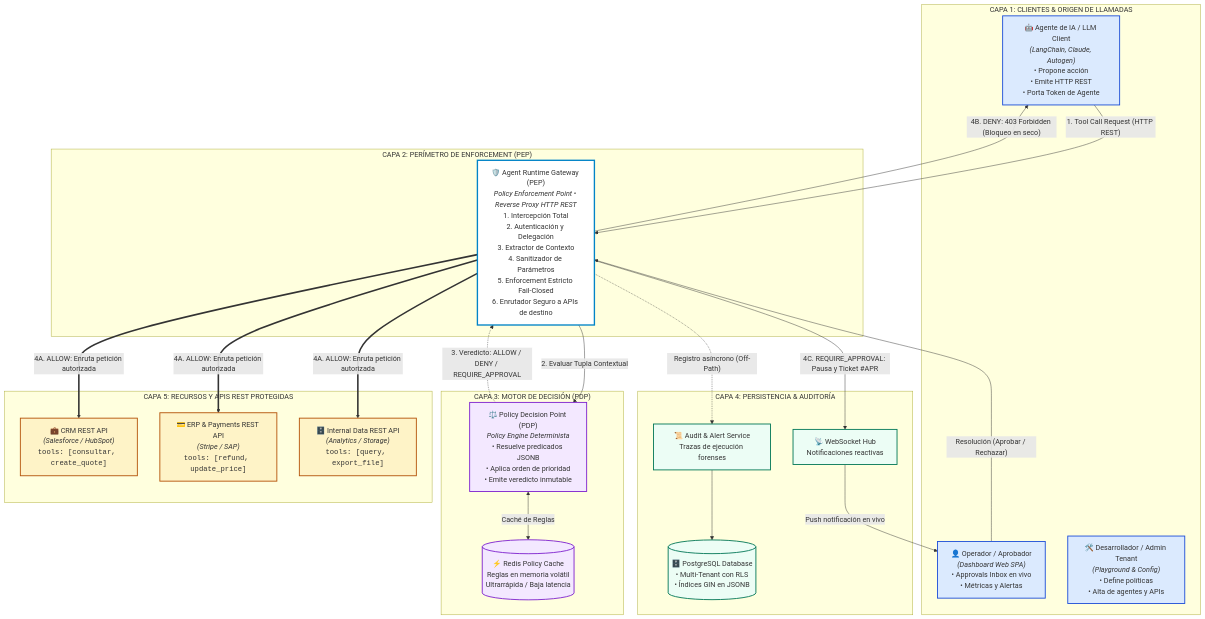
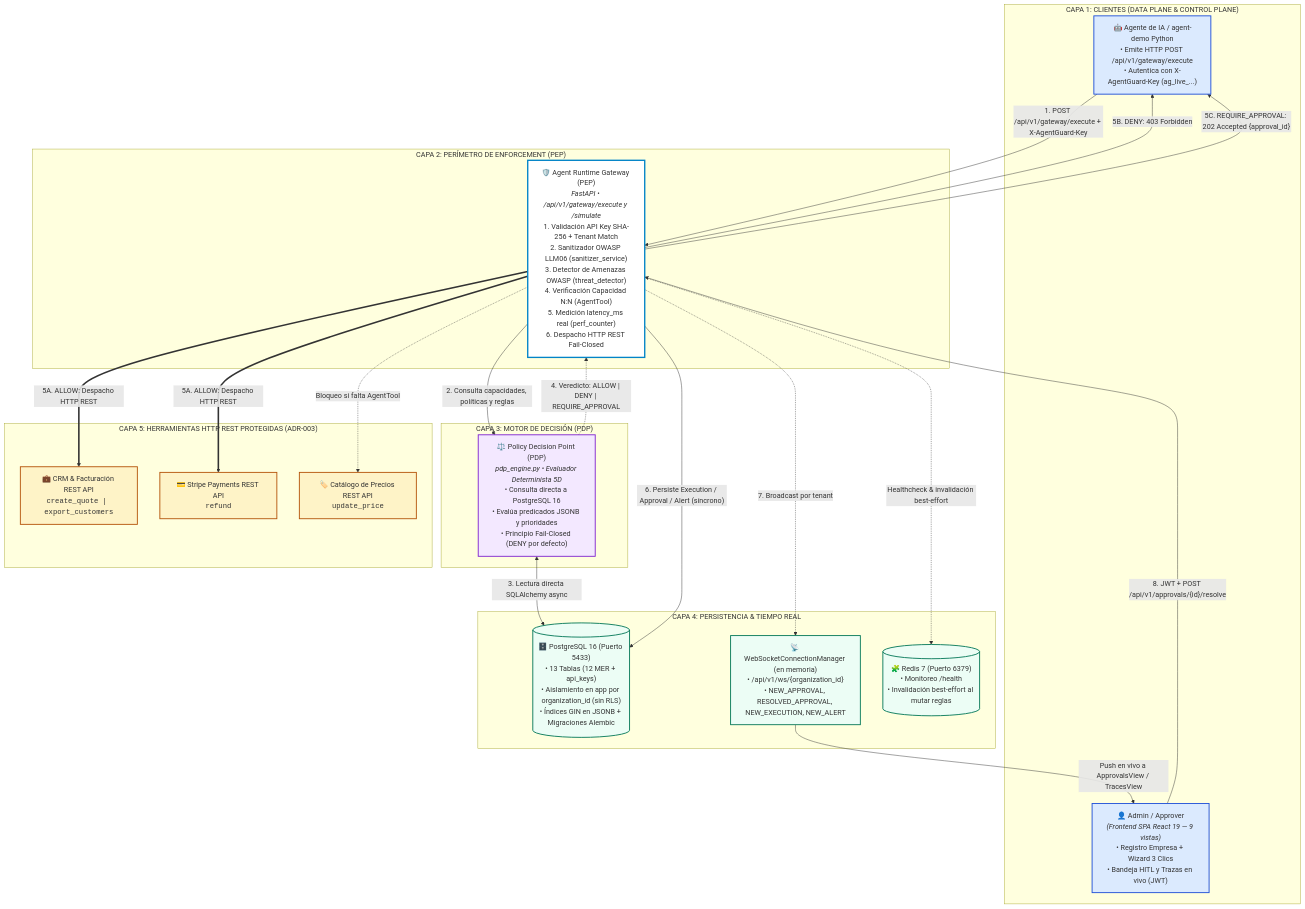
One commit to jmbatiatto/AgentGuard changed the diagram in agentguard_arquitectura_runtime.md. Above: the diagram before and after it, drawn with Mermaid. The commit also changed other lines of this file and 11 other files, not shown here.

````diff
--- a/agentguard_arquitectura_runtime.md
+++ b/agentguard_arquitectura_runtime.md
@@ -21,64 +19,63 @@
 ```mermaid
 flowchart TB
     %% ================= CAPA 1: CLIENTES =================
-    subgraph Capa1 ["CAPA 1: CLIENTES & ORIGEN DE LLAMADAS"]
-        Agent["🤖 Agente de IA / LLM Client<br/><i>(LangChain, Claude, Autogen)</i><br/>• Propone acción<br/>• Emite HTTP REST<br/>• Porta Token de Agente"]
-        Operator["👤 Operador / Aprobador<br/><i>(Dashboard Web SPA)</i><br/>• Approvals Inbox en vivo<br/>• Métricas y Alertas"]
-        Dev["🛠️ Desarrollador / Admin Tenant<br/><i>(Playground & Config)</i><br/>• Define políticas<br/>• Alta de agentes y APIs"]
+    subgraph Capa1 ["CAPA 1: CLIENTES (DATA PLANE & CONTROL PLANE)"]
+        Agent["🤖 Agente de IA / agent-demo Python<br/>• Emite HTTP POST /api/v1/gateway/execute<br/>• Autentica con X-AgentGuard-Key (ag_live_...)"]
+        Operator["👤 Admin / Approver<br/><i>(Frontend SPA React 19 — 9 vistas)</i><br/>• Registro Empresa + Wizard 3 Clics<br/>• Bandeja HITL y Trazas en vivo (JWT)"]
     end
 
     %% ================= CAPA 2: PERÍMETRO PEP =================
     subgraph Capa2 ["CAPA 2: PERÍMETRO DE ENFORCEMENT (PEP)"]
-        Gateway["🛡️ Agent Runtime Gateway (PEP)<br/><i>Policy Enforcement Point • Reverse Proxy HTTP REST</i><br/>1. Intercepción Total<br/>2. Autenticación y Delegación<br/>3. Extractor de Contexto<br/>4. Sanitizador de Parámetros<br/>5. Enforcement Estricto Fail-Closed<br/>6. Enrutador Seguro a APIs de destino"]
+        Gateway["🛡️ Agent Runtime Gateway (PEP)<br/><i>FastAPI • /api/v1/gateway/execute y /simulate</i><br/>1. Validación API Key SHA-256 + Tenant Match<br/>2. Sanitizador OWASP LLM06 (sanitizer_service)<br/>3. Detector de Amenazas OWASP (threat_detector)<br/>4. Verificación Capacidad N:N (AgentTool)<br/>5. Medición latency_ms real (perf_counter)<br/>6. Despacho HTTP REST Fail-Closed"]
     end
 
     %% ================= CAPA 3: MOTOR PDP =================
     subgraph Capa3 ["CAPA 3: MOTOR DE DECISIÓN (PDP)"]
-        PDP["⚖️ Policy Decision Point (PDP)<br/><i>Policy Engine Determinista</i><br/>• Resuelve predicados JSONB<br/>• Aplica orden de prioridad<br/>• Emite veredicto inmutable"]
-        Redis[("⚡ Redis Policy Cache<br/>Reglas en memoria volátil<br/>Ultrarrápida / Baja latencia")]
+        PDP["⚖️ Policy Decision Point (PDP)<br/><i>pdp_engine.py • Evaluador Determinista 5D</i><br/>• Consulta directa a PostgreSQL 16<br/>• Evalúa predicados JSONB y prioridades<br/>• Principio Fail-Closed (DENY por defecto)"]
     end
 
-    %% ================= CAPA 4: PERSISTENCIA =================
-    subgraph Capa4 ["CAPA 4: PERSISTENCIA & AUDITORÍA"]
-        DB[("🗄️ PostgreSQL Database<br/>• Multi-Tenant con RLS<br/>• Índices GIN en JSONB")]
-        AuditSvc["📜 Audit & Alert Service<br/>Trazas de ejecución forenses"]
-        WS["📡 WebSocket Hub<br/>Notificaciones reactivas"]
+    %% ================= CAPA 4: PERSISTENCIA Y TIEMPO REAL =================
+    subgraph Capa4 ["CAPA 4: PERSISTENCIA & TIEMPO REAL"]
+        DB[("🗄️ PostgreSQL 16 (Puerto 5433)<br/>• 13 Tablas (12 MER + api_keys)<br/>• Aislamiento en app por organization_id (sin RLS)<br/>• Índices GIN en JSONB + Migraciones Alembic")]
+        WS["📡 WebSocketConnectionManager (en memoria)<br/>• /api/v1/ws/{organization_id}<br/>• NEW_APPROVAL, RESOLVED_APPROVAL, NEW_EXECUTION, NEW_ALERT"]
+        Redis[("🧩 Redis 7 (Puerto 6379)<br/>• Monitoreo /health<br/>• Invalidación best-effort al mutar reglas")]
     end
 
-    %% ================= CAPA 5: RECURSOS =================
-    subgraph Capa5 ["CAPA 5: RECURSOS Y APIS REST PROTEGIDAS"]
-        CRM["💼 CRM REST API<br/><i>(Salesforce / HubSpot)</i><br/><code>tools: [consultar, create_quote]</code>"]
-        ERP["💳 ERP & Payments REST API<br/><i>(Stripe / SAP)</i><br/><code>tools: [refund, update_price]</code>"]
-        DATA["🗄️ Internal Data REST API<br/><i>(Analytics / Storage)</i><br/><code>tools: [query, export_file]</code>"]
+    %% ================= CAPA 5: RECURSOS REST =================
+    subgraph Capa5 ["CAPA 5: HERRAMIENTAS HTTP REST PROTEGIDAS (ADR-003)"]
+        CRM["💼 CRM & Facturación REST API<br/><code>create_quote | export_customers</code>"]
+        Stripe["💳 Stripe Payments REST API<br/><code>refund</code>"]
+        Catalog["🏷️ Catálogo de Precios REST API<br/><code>update_price</code>"]
     end
 
-    %% Flujos de interacción numerados
-    Agent -->|"1. Tool Call Request (HTTP REST)"| Gateway
-    Gateway -->|"2. Evaluar Tupla Contextual"| PDP
-    PDP <-->|"Caché de Reglas"| Redis
-    PDP -.->|"3. Veredicto: ALLOW / DENY / REQUIRE_APPROVAL"| Gateway
+    %% Flujos principales
+    Agent -->|"1. POST /api/v1/gateway/execute + X-AgentGuard-Key"| Gateway
+    Gateway -->|"2. Consulta capacidades, políticas y reglas"| PDP
+    PDP <-->|"3. Lectura directa SQLAlchemy async"| DB
+    PDP -.->|"4. Veredicto: ALLOW | DENY | REQUIRE_APPROVAL"| Gateway
 
-    Gateway ==>|"4A. ALLOW: Enruta petición autorizada"| CRM
-    Gateway ==>|"4A. ALLOW: Enruta petición autorizada"| ERP
-    Gateway ==>|"4A. ALLOW: Enruta petición autorizada"| DATA
+    Gateway ==>|"5A. ALLOW: Despacho HTTP REST"| CRM
+    Gateway ==>|"5A. ALLOW: Despacho HTTP REST"| Stripe
+    Gateway -.->|"Bloqueo si falta AgentTool"| Catalog
 
-    Gateway -->|"4B. DENY: 403 Forbidden (Bloqueo en seco)"| Agent
-    Gateway -->|"4C. REQUIRE_APPROVAL: Pausa y Ticket #APR"| WS
-    WS -->|"Push notificación en vivo"| Operator
-    Operator -->|"Resolución (Aprobar / Rechazar)"| Gateway
+    Gateway -->|"5B. DENY: 403 Forbidden"| Agent
+    Gateway -->|"5C. REQUIRE_APPROVAL: 202 Accepted {approval_id}"| Agent
 
-    Gateway -.->|"Registro asíncrono (Off-Path)"| AuditSvc
-    AuditSvc --> DB
+    Gateway -->|"6. Persiste Execution / Approval / Alert (síncrono)"| DB
+    Gateway -.->|"7. Broadcast por tenant"| WS
+    WS -->|"Push en vivo a ApprovalsView / TracesView"| Operator
+    Operator -->|"8. JWT + POST /api/v1/approvals/{id}/resolve"| Gateway
+    Gateway -.->|"Healthcheck & invalidación best-effort"| Redis
 
     %% Estilos
     classDef client fill:#dbeafe,stroke:#1d4ed8,stroke-width:2px;
     classDef gateway fill:#ffffff,stroke:#0284c7,stroke-width:3px;
     classDef engine fill:#f3e8ff,stroke:#7e22ce,stroke-width:2px;
     classDef storage fill:#ecfdf5,stroke:#047857,stroke-width:2px;
     classDef target fill:#fef3c7,stroke:#b45309,stroke-width:2px;
-    class Agent,Operator,Dev client;
+    class Agent,Operator client;
     class Gateway gateway;
-    class PDP,Redis engine;
-    class DB,AuditSvc,WS storage;
-    class CRM,ERP,DATA target;
+    class PDP engine;
+    class DB,WS,Redis storage;
+    class CRM,Stripe,Catalog target;
 ```
````
